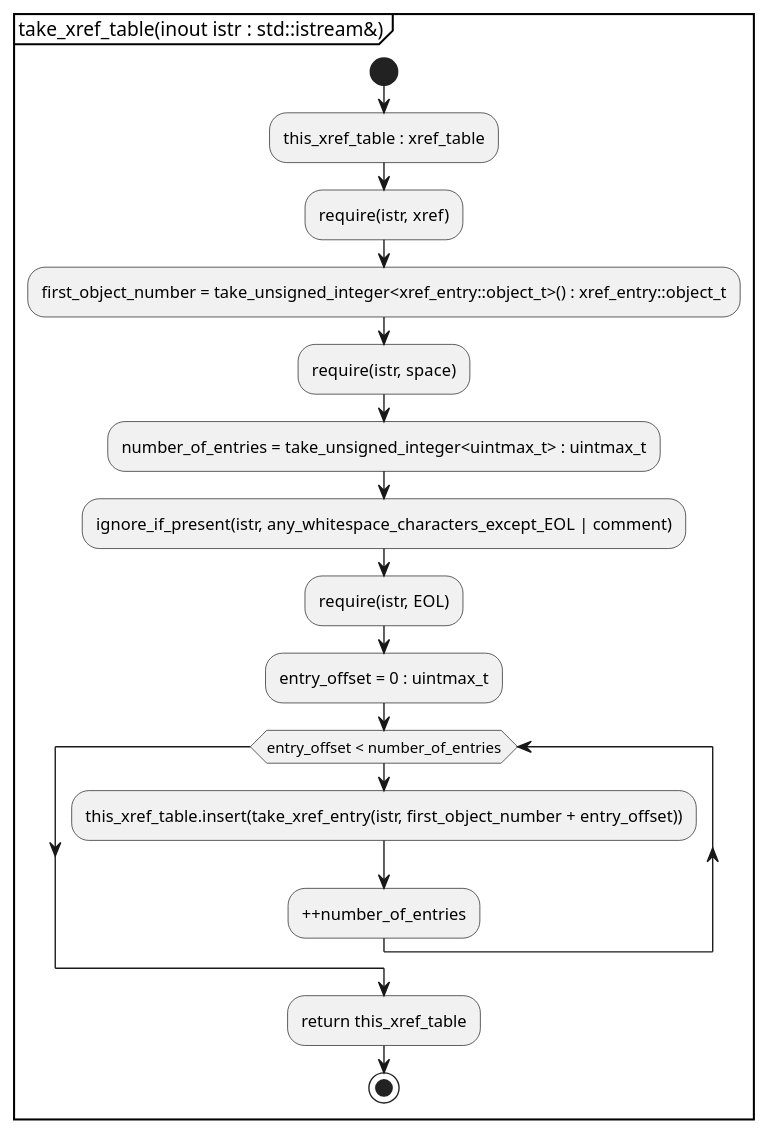
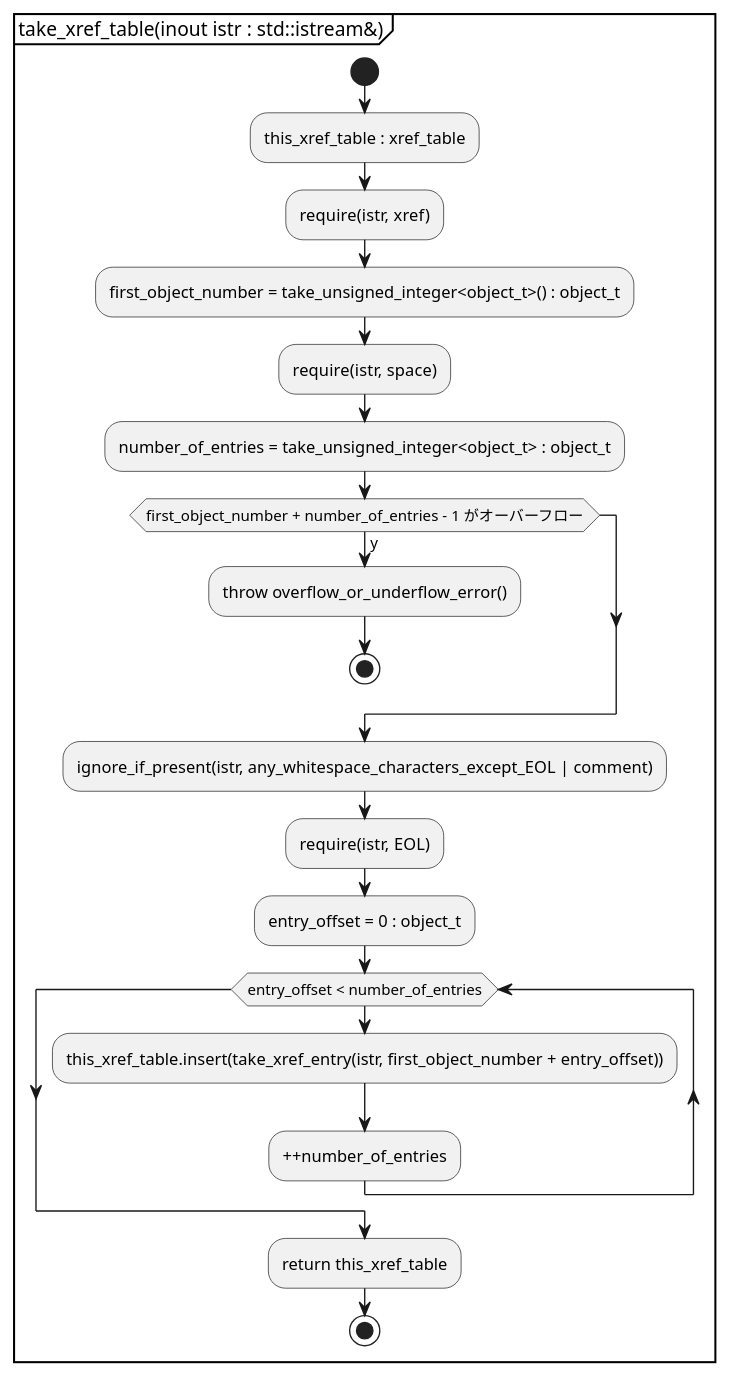
One commit to KodaiYM/PDFReader changed the sixth of 11 diagrams in document/parser.activity.pu. Above: the diagram before and after it, drawn with PlantUML. The commit also changed 1 other file, not shown here.

Commit message:
wrote take_xref_table

```diff
--- a/document/parser.activity.pu
+++ b/document/parser.activity.pu
@@ -90,19 +90,23 @@
 @startuml take_xref_table
 partition "take_xref_table(inout istr : std::istream&)" {
 start
 	:this_xref_table : xref_table;
 	:require(istr, xref);
-	:first_object_number = take_unsigned_integer<xref_entry::object_t>() : xref_entry::object_t;
+	:first_object_number = take_unsigned_integer<object_t>() : object_t;
 	:require(istr, space);
-	:number_of_entries = take_unsigned_integer<uintmax_t> : uintmax_t;
+	:number_of_entries = take_unsigned_integer<object_t> : object_t;
+	if (first_object_number + number_of_entries - 1 がオーバーフロー) then (y)
+		:throw overflow_or_underflow_error();
+		stop
+	endif
 	:ignore_if_present(istr, any_whitespace_characters_except_EOL | comment);
 	:require(istr, EOL);
-	:entry_offset = 0 : uintmax_t;
+	:entry_offset = 0 : object_t;
 	while (entry_offset < number_of_entries)
 		:this_xref_table.insert(take_xref_entry(istr, first_object_number + entry_offset));
 		:++number_of_entries;
 	endwhile
 	:return this_xref_table;
 stop
 }
 @enduml
```
